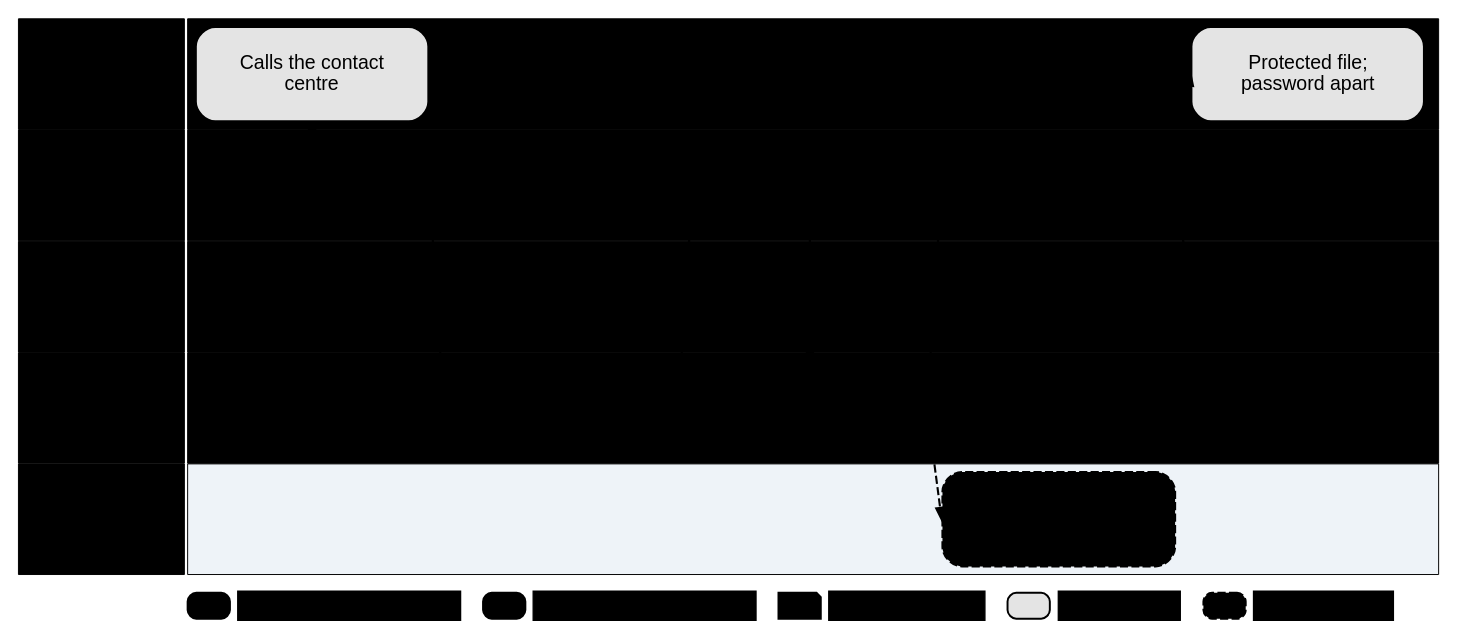
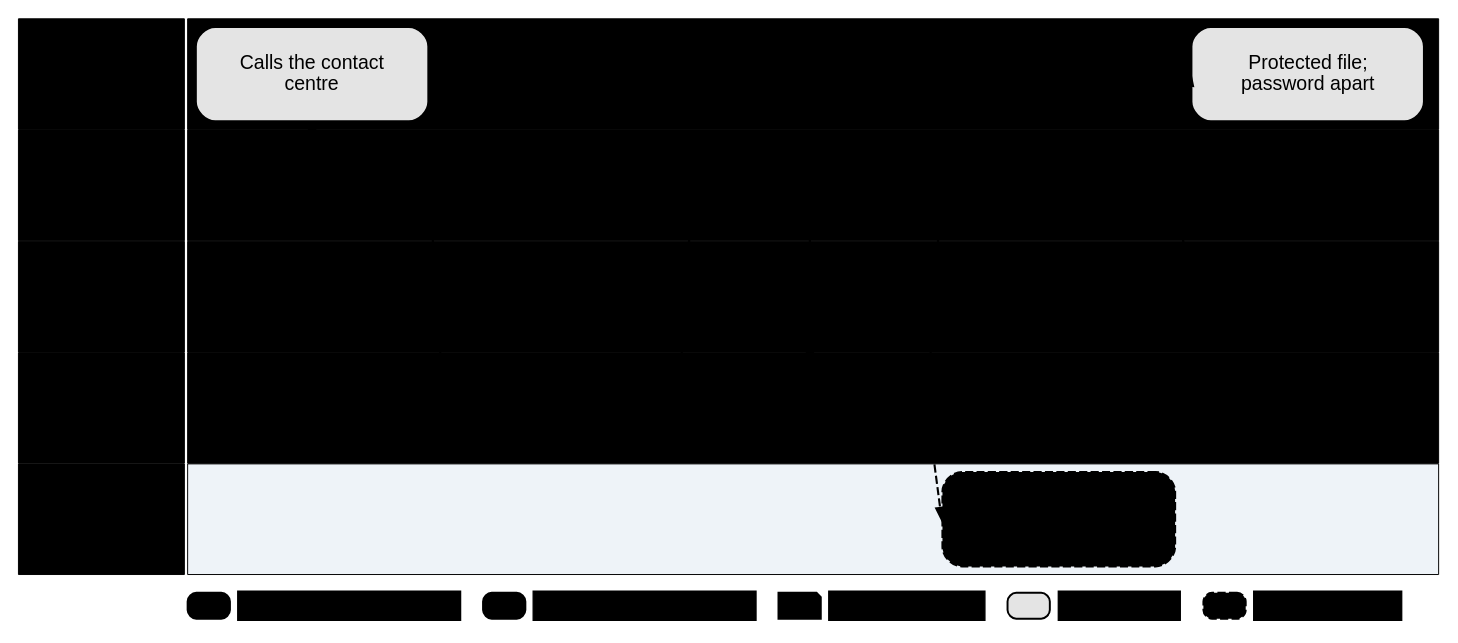
One commit to IortaTexhNXT-DEV/FinVerse changed the diagram in docs/deliverables/src/decks/figures/brd09_envisioned.dot. Above: the diagram before and after it, drawn with Graphviz. The commit also changed 43 other files, not shown here.

Commit message:
Business process deck: FRS status and sign-off roadmap instead of build status; rebuilt deck and figures

```diff
--- a/docs/deliverables/src/decks/figures/brd09_envisioned.dot
+++ b/docs/deliverables/src/decks/figures/brd09_envisioned.dot
@@ -1,47 +1,47 @@
 // BRD-9 Customer Servicing Facility: envisioned swimlane in BIBS. Servicing contact in BIBS: no approval workflow, every action immediate and logged (FRS BRD-9 section 2.2)
 // Generated by docs/deliverables/src/decks/build_process_deck.py from the YAML in
 // process_deck/; edit the YAML and rebuild. Colour tokens are replaced at render time.
 digraph brd09_envisioned {
   graph [layout=neato, inputscale=72, splines=line, overlap=true, outputorder=nodesfirst, bgcolor="white", pad=0.05, fontname="Arial"];
   node [fontname="Arial"];
   edge [fontname="Arial"];
   c0 [pos="0,0!", shape=point, width=0.01, style=invis];
   c1 [pos="873.0,372.0!", shape=point, width=0.01, style=invis];
   r1 [pos="488.5,337.8!", shape=box, style="filled", fillcolor="@DIRTY_WHITE", color="@BORDER", penwidth=0.6, width=10.681, height=0.950, fixedsize=true, margin="0.03,0.02", label=""];
   r2 [pos="51.0,337.8!", shape=box, style="filled", fillcolor="@MUTED", color="@WHITE", penwidth=0.6, width=1.417, height=0.950, fixedsize=true, margin="0.03,0.02", label=<<font point-size="11.5" color="@WHITE"><b>Caller<br/>(client)</b></font>>];
   r3 [pos="488.5,269.4!", shape=box, style="filled", fillcolor="@WHITE", color="@BORDER", penwidth=0.6, width=10.681, height=0.950, fixedsize=true, margin="0.03,0.02", label=""];
   r4 [pos="51.0,269.4!", shape=box, style="filled", fillcolor="@HEADER_BLUE", color="@WHITE", penwidth=0.6, width=1.417, height=0.950, fixedsize=true, margin="0.03,0.02", label=<<font point-size="11.5" color="@WHITE"><b>Contact centre<br/>agent</b></font>>];
   r5 [pos="488.5,201.0!", shape=box, style="filled", fillcolor="@WHITE", color="@BORDER", penwidth=0.6, width=10.681, height=0.950, fixedsize=true, margin="0.03,0.02", label=""];
   r6 [pos="51.0,201.0!", shape=box, style="filled", fillcolor="@HEADER_BLUE", color="@WHITE", penwidth=0.6, width=1.417, height=0.950, fixedsize=true, margin="0.03,0.02", label=<<font point-size="11.5" color="@WHITE"><b>Supervisor,<br/>management</b></font>>];
   r7 [pos="488.5,132.6!", shape=box, style="filled", fillcolor="@BG_BLUE", color="@BORDER", penwidth=0.6, width=10.681, height=0.950, fixedsize=true, margin="0.03,0.02", label=""];
   r8 [pos="51.0,132.6!", shape=box, style="filled", fillcolor="@CTA_BLUE", color="@WHITE", penwidth=0.6, width=1.417, height=0.950, fixedsize=true, margin="0.03,0.02", label=<<font point-size="11.5" color="@WHITE"><b>BIBS<br/>(automatic)</b></font>>];
   r9 [pos="488.5,64.2!", shape=box, style="filled", fillcolor="#EEF3F8", color="@BORDER", penwidth=0.6, width=10.681, height=0.950, fixedsize=true, margin="0.03,0.02", label=""];
   r10 [pos="51.0,64.2!", shape=box, style="filled", fillcolor="@FIELD_BLUE", color="@WHITE", penwidth=0.6, width=1.417, height=0.950, fixedsize=true, margin="0.03,0.02", label=<<font point-size="11.5" color="@NEAR_BLACK"><b>QPS, EBIX<br/>(coexisting)</b></font>>];
   b1 [pos="180.5,337.8!", shape=box, style="rounded,filled", fillcolor="#E4E4E4", color="@MUTED", penwidth=1.3, width=1.986, height=0.811, fixedsize=true, margin="0.03,0.02", label=<<font point-size="12" color="@NEAR_BLACK">Calls the contact<br/>centre</font>>];
   b2 [pos="180.5,269.4!", shape=box, style="rounded,filled", fillcolor="@BG_BLUE", color="@CTA_BLUE", penwidth=1.3, width=1.986, height=0.811, fixedsize=true, margin="0.03,0.02", label=<<font point-size="12" color="@NEAR_BLACK">One search: name, ID,<br/>account, PN</font>>];
   b3 [pos="333.5,132.6!", shape=box, style="rounded,filled", fillcolor="@CTA_BLUE", color="@CTA_BLUE", penwidth=1.3, width=1.986, height=0.811, fixedsize=true, margin="0.03,0.02", label=<<font point-size="12" color="@WHITE"><b>All accounts, 12<br/>months payments, RAs</b></font>>];
   b4 [pos="486.5,269.4!", shape=box, style="rounded,filled", fillcolor="@BG_BLUE", color="@CTA_BLUE", penwidth=1.3, width=1.986, height=0.811, fixedsize=true, margin="0.03,0.02", label=<<font point-size="12" color="@NEAR_BLACK">Caller verified;<br/>contact changed with<br/>reason</font>>];
   b5 [pos="486.5,132.6!", shape=box, style="rounded,filled", fillcolor="@CTA_BLUE", color="@CTA_BLUE", penwidth=1.3, width=1.986, height=0.811, fixedsize=true, margin="0.03,0.02", label=<<font point-size="12" color="@WHITE"><b>Client master<br/>updated and logged</b></font>>];
   b6 [pos="639.5,64.2!", shape=box, style="rounded,filled,dashed", fillcolor="@WHITE", color="@MUTED", penwidth=1.3, width=1.986, height=0.811, fixedsize=true, margin="0.03,0.02", label=<<font point-size="12" color="@MUTED">Write-back queued<br/>(parked)</font>>];
   b7 [pos="639.5,269.4!", shape=box, style="rounded,filled", fillcolor="@BG_BLUE", color="@CTA_BLUE", penwidth=1.3, width=1.986, height=0.811, fixedsize=true, margin="0.03,0.02", label=<<font point-size="12" color="@NEAR_BLACK">RA or e-policy resent</font>>];
   b8 [pos="792.5,337.8!", shape=box, style="rounded,filled", fillcolor="#E4E4E4", color="@MUTED", penwidth=1.3, width=1.986, height=0.811, fixedsize=true, margin="0.03,0.02", label=<<font point-size="12" color="@NEAR_BLACK">Protected file;<br/>password apart</font>>];
   b9 [pos="792.5,201.0!", shape=box, style="rounded,filled", fillcolor="@BG_BLUE", color="@CTA_BLUE", penwidth=1.3, width=1.986, height=0.811, fixedsize=true, margin="0.03,0.02", label=<<font point-size="12" color="@NEAR_BLACK">Audit trail, agent<br/>activity (PDF, Excel)</font>>];
   r11 [pos="117.0,11.0!", shape=box, style="rounded,filled", fillcolor="@BG_BLUE", color="@CTA_BLUE", penwidth=1.2, width=0.361, height=0.222, fixedsize=true, margin="0.03,0.02", label=""];
   r12 [pos="203.3,11.0!", shape=box, style="filled", fillcolor="@WHITE", color="@WHITE", penwidth=0.8, width=1.897, height=0.250, fixedsize=true, margin="0.03,0.02", label=<<font point-size="10.5" color="@TEXT">BDOI user on a BIBS screen</font>>];
   r13 [pos="298.6,11.0!", shape=box, style="rounded,filled", fillcolor="@CTA_BLUE", color="@CTA_BLUE", penwidth=1.2, width=0.361, height=0.222, fixedsize=true, margin="0.03,0.02", label=""];
   r14 [pos="384.9,11.0!", shape=box, style="filled", fillcolor="@WHITE", color="@WHITE", penwidth=0.8, width=1.897, height=0.250, fixedsize=true, margin="0.03,0.02", label=<<font point-size="10.5" color="@TEXT">BIBS does it automatically</font>>];
   r15 [pos="480.2,11.0!", shape=note, style="filled", fillcolor="@WHITE", color="@CTA_BLUE", penwidth=1.2, width=0.361, height=0.222, fixedsize=true, margin="0.03,0.02", label=""];
   r16 [pos="546.1,11.0!", shape=box, style="filled", fillcolor="@WHITE", color="@WHITE", penwidth=0.8, width=1.331, height=0.250, fixedsize=true, margin="0.03,0.02", label=<<font point-size="10.5" color="@TEXT">Document or notice</font>>];
   r17 [pos="621.0,11.0!", shape=box, style="rounded,filled", fillcolor="#E4E4E4", color="@MUTED", penwidth=1.2, width=0.361, height=0.222, fixedsize=true, margin="0.03,0.02", label=""];
   r18 [pos="676.7,11.0!", shape=box, style="filled", fillcolor="@WHITE", color="@WHITE", penwidth=0.8, width=1.047, height=0.250, fixedsize=true, margin="0.03,0.02", label=<<font point-size="10.5" color="@TEXT">External party</font>>];
   r19 [pos="741.4,11.0!", shape=box, style="rounded,filled,dashed", fillcolor="@WHITE", color="@MUTED", penwidth=1.2, width=0.361, height=0.222, fixedsize=true, margin="0.03,0.02", label=""];
-  r20 [pos="802.2,11.0!", shape=box, style="filled", fillcolor="@WHITE", color="@WHITE", penwidth=0.8, width=1.189, height=0.250, fixedsize=true, margin="0.03,0.02", label=<<font point-size="10.5" color="@TEXT">Parked interface</font>>];
+  r20 [pos="804.8,11.0!", shape=box, style="filled", fillcolor="@WHITE", color="@WHITE", penwidth=0.8, width=1.260, height=0.250, fixedsize=true, margin="0.03,0.02", label=<<font point-size="10.5" color="@TEXT">Interface on hold</font>>];
   b1 -> b2 [color="@HEADER_BLUE", style=solid, penwidth=1.3, arrowsize=0.7, tailport=s, headport=n];
   b2 -> b3 [color="@HEADER_BLUE", style=solid, penwidth=1.3, arrowsize=0.7, tailport=e, headport=w];
   b3 -> b4 [color="@HEADER_BLUE", style=solid, penwidth=1.3, arrowsize=0.7, tailport=e, headport=w];
   b4 -> b5 [color="@HEADER_BLUE", style=solid, penwidth=1.3, arrowsize=0.7, tailport=s, headport=n];
   b5 -> b6 [color="@MUTED", style=dashed, penwidth=1.3, arrowsize=0.7, tailport=e, headport=w];
   b5 -> b7 [color="@HEADER_BLUE", style=solid, penwidth=1.3, arrowsize=0.7, tailport=e, headport=w];
   b7 -> b8 [color="@MUTED", style=dashed, penwidth=1.3, arrowsize=0.7, tailport=e, headport=w, label=<<font point-size="10" color="@MUTED">e-mail</font>>];
   b7 -> b9 [color="@HEADER_BLUE", style=solid, penwidth=1.3, arrowsize=0.7, tailport=e, headport=w];
 }
```
